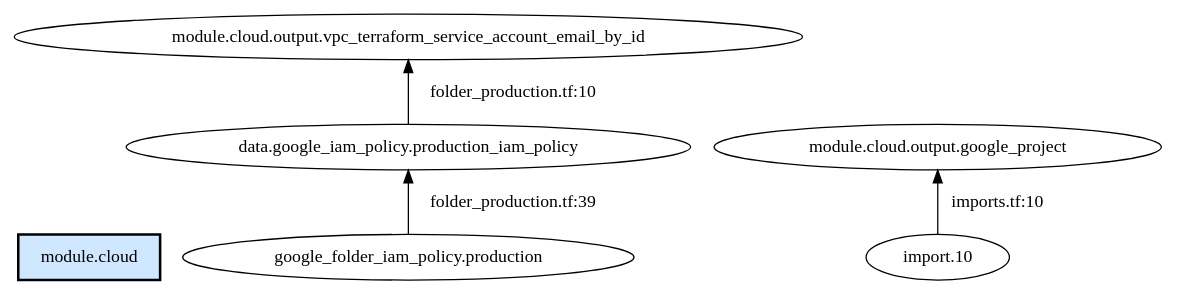
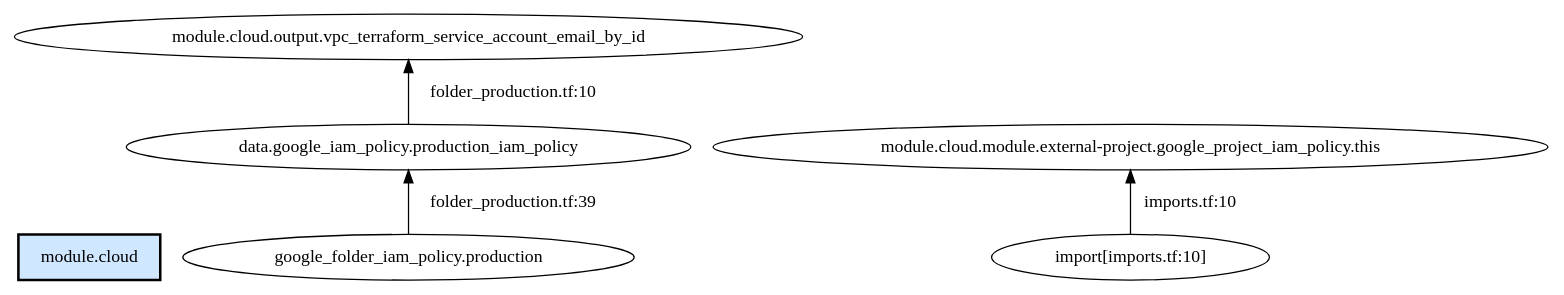
The diagram in README.md (retailnext/tfref), drawn with Graphviz before and after one commit. The commit also changed other lines of this file and 2 other files, not shown here.

First line of the commit message:
Remove JSON output; simplify CLI to DOT-only

````diff
--- a/README.md
+++ b/README.md
@@ -95,18 +88,18 @@
 ```dot
 // tfref backward: module.cloud
 // workspace: /path/to/tf-google-organization
 // 12 node(s) found
 
 digraph tfref {
   rankdir=BT;  // bottom-to-top: dependents above, dependencies below
 
   "module.cloud"                           [shape=box, style="filled,bold", fillcolor="#d0e8ff", label="module.cloud"];
   "data.google_iam_policy.production_iam_policy";
   "google_folder_iam_policy.production";
-  "import.10";
+  "import[imports.tf:10]";
 
   "data.google_iam_policy.production_iam_policy" -> "module.cloud.output.vpc_terraform_service_account_email_by_id" [label="folder_production.tf:10"];
   "google_folder_iam_policy.production"    -> "data.google_iam_policy.production_iam_policy" [label="folder_production.tf:39"];
-  "import.10"                              -> "module.cloud.output.google_project" [label="imports.tf:10"];
+  "import[imports.tf:10]"                  -> "module.cloud.module.external-project.google_project_iam_policy.this" [label="imports.tf:10"];
 }
 ```
````
